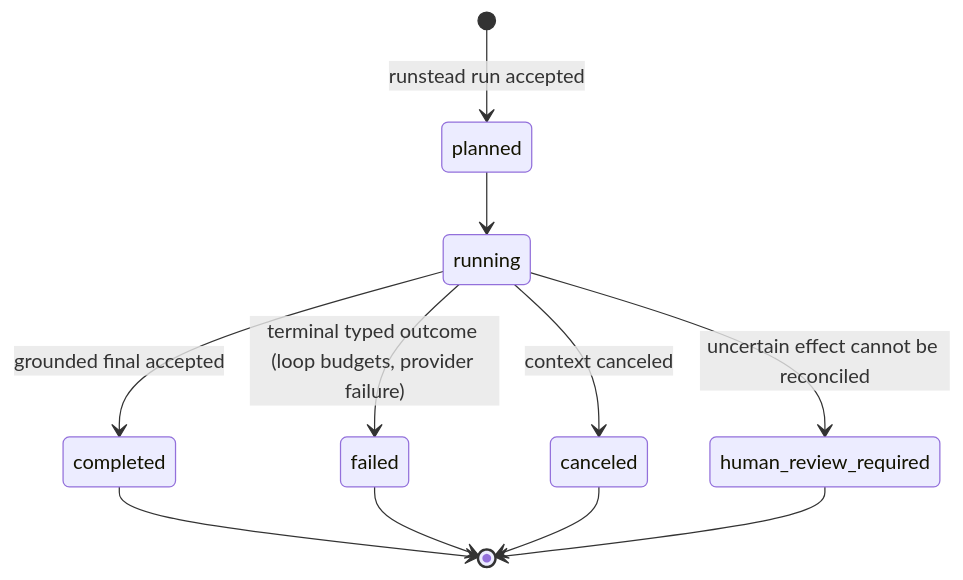
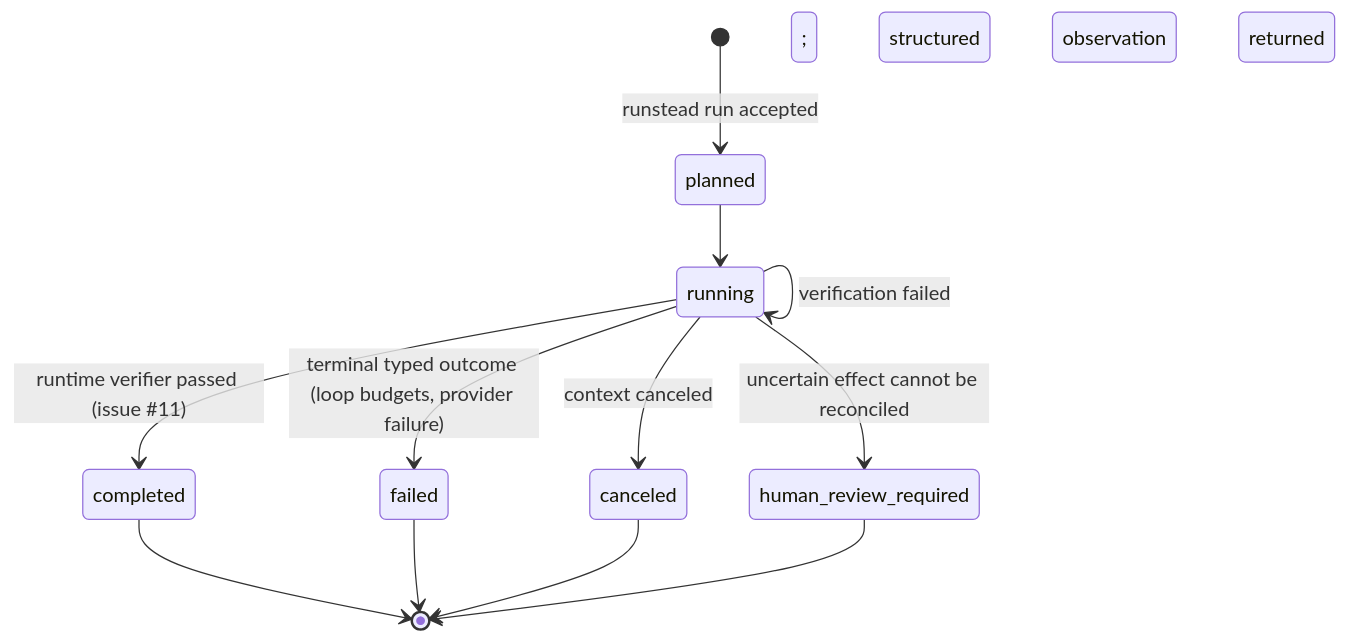
One commit to Anakyklos/Runstead changed the first of 4 diagrams in docs/adr/0001-durable-execution.md. Above: the diagram before and after it, drawn with Mermaid. The commit also changed 70 other files, not shown here.

First line of the commit message:
feat(verifier): add independent task verification and completion gate (#56)

````diff
--- a/docs/adr/0001-durable-execution.md
+++ b/docs/adr/0001-durable-execution.md
@@ -148,13 +148,14 @@
 ```mermaid
 stateDiagram-v2
     [*] --> planned: runstead run accepted
     planned --> running
-    running --> completed: grounded final accepted
+    running --> completed: runtime verifier passed (issue #11)
+    running --> running: verification failed; structured observation returned
     running --> failed: terminal typed outcome (loop budgets, provider failure)
     running --> canceled: context canceled
     running --> human_review_required: uncertain effect cannot be reconciled
     completed --> [*]
     failed --> [*]
     canceled --> [*]
     human_review_required --> [*]
 ```
````
